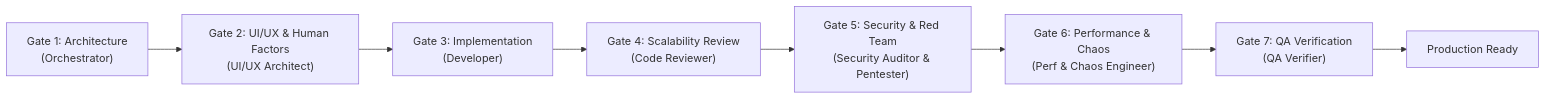
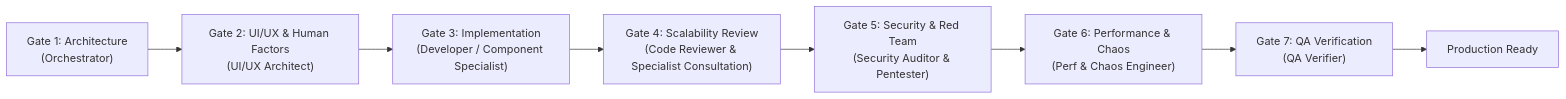
The diagram in AGENTS.md (SaharAga/Deliveree), drawn with Mermaid before and after one commit. The commit also changed other lines of this file and 56 other files, not shown here.

````diff
--- a/AGENTS.md
+++ b/AGENTS.md
@@ -22,10 +22,10 @@
 ```mermaid
 flowchart LR
     G1["Gate 1: Architecture\n(Orchestrator)"] --> G2["Gate 2: UI/UX & Human Factors\n(UI/UX Architect)"]
-    G2 --> G3["Gate 3: Implementation\n(Developer)"]
-    G3 --> G4["Gate 4: Scalability Review\n(Code Reviewer)"]
+    G2 --> G3["Gate 3: Implementation\n(Developer / Component Specialist)"]
+    G3 --> G4["Gate 4: Scalability Review\n(Code Reviewer & Specialist Consultation)"]
     G4 --> G5["Gate 5: Security & Red Team\n(Security Auditor & Pentester)"]
     G5 --> G6["Gate 6: Performance & Chaos\n(Perf & Chaos Engineer)"]
     G6 --> G7["Gate 7: QA Verification\n(QA Verifier)"]
     G7 --> Done["Production Ready"]
 ```
````
